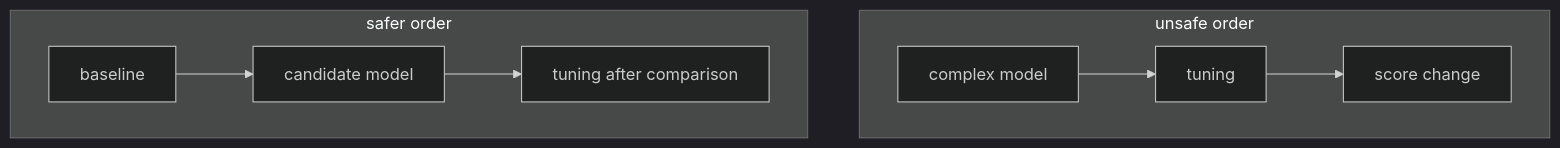
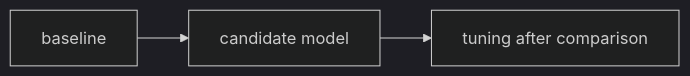
Before and after one commit to devchan64/AiBook: the third of 4 diagrams in docs/parts/part-03/chapter-08/section-02.md, drawn with Mermaid (dark theme). The commit also changed other lines of this file and 1 other file, not shown here.

Commit message:
docs(part3): refine baseline diagrams and chart guidelines

````diff
--- a/docs/parts/part-03/chapter-08/section-02.md
+++ b/docs/parts/part-03/chapter-08/section-02.md
@@ -181,19 +182,8 @@
 ```mermaid
-flowchart TD
-  subgraph W1["unsafe order"]
-    direction LR
-    A["complex model"]
-    B["tuning"]
-    C["score change"]
-  end
-
-  subgraph W2["safer order"]
-    direction LR
-    D["baseline"]
-    E["candidate model"]
-    F["tuning after comparison"]
-  end
+flowchart LR
+  A["baseline"]
+  B["candidate model"]
+  C["tuning after comparison"]
 
   A --> B --> C
-  D --> E --> F
 ```
````
